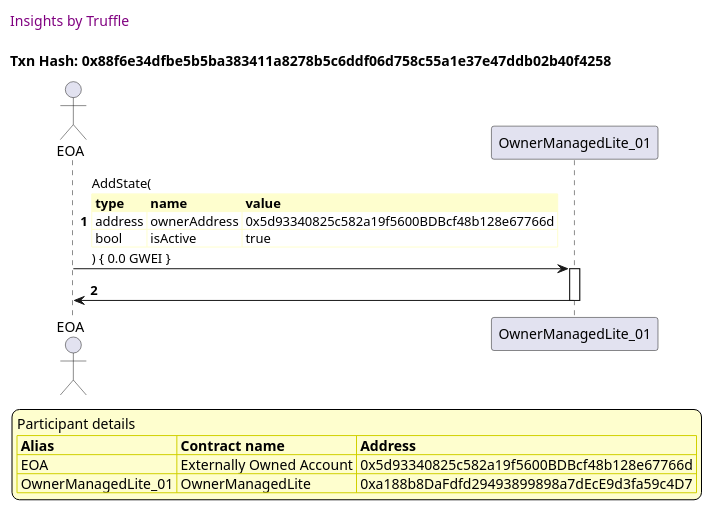
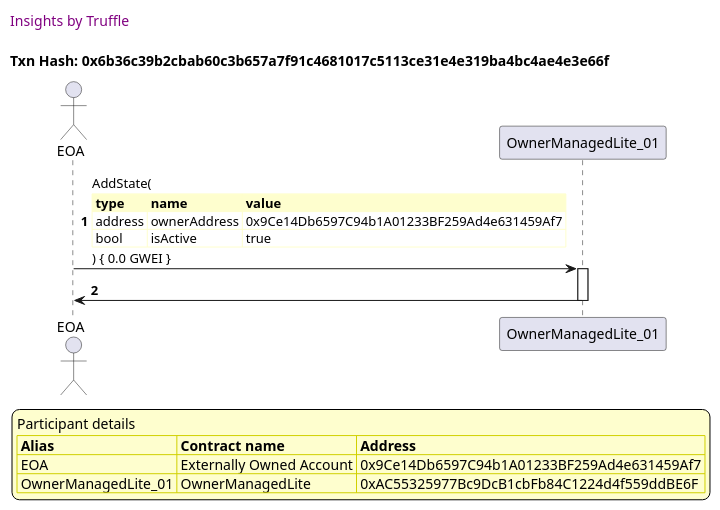
One commit to thedarkjester/ConsensysAssignment changed diagram 13 of 53 in truffle-seq/OwnerManagedLite_test_withdraw_and_fallback.md. Above: the diagram before and after it, drawn with PlantUML. The commit also changed other lines of this file and 13 other files, not shown here.

````diff
--- a/truffle-seq/OwnerManagedLite_test_withdraw_and_fallback.md
+++ b/truffle-seq/OwnerManagedLite_test_withdraw_and_fallback.md
@@ -553,41 +553,41 @@
 ```plantuml
 
 
 @startuml
 
 autonumber
 skinparam legendBackgroundColor #FEFECE
 
 <style>
       header {
         HorizontalAlignment left
         FontColor purple
         FontSize 14
         Padding 10
       }
     </style>
 
 header Insights by Truffle
 
-title Txn Hash: 0x88f6e34dfbe5b5ba383411a8278b5c6ddf06d758c55a1e37e47ddb02b40f4258
+title Txn Hash: 0x6b36c39b2cbab60c3b657a7f91c4681017c5113ce31e4e319ba4bc4ae4e3e66f
 
 
 actor EOA as "EOA"
 participant OwnerManagedLite_01 as "OwnerManagedLite_01"
 
 "EOA" -> "OwnerManagedLite_01" ++: AddState(\n\
 <#FEFECE,#FEFECE>|= type |= name |= value |\n\
-| address | ownerAddress | 0x5d93340825c582a19f5600BDBcf48b128e67766d |\n\
+| address | ownerAddress | 0x9Ce14Db6597C94b1A01233BF259Ad4e631459Af7 |\n\
 | bool | isActive | true |\n\
 ) { 0.0 GWEI }
 "OwnerManagedLite_01" -> "EOA" --: 
 
 legend
 Participant details
 <#FEFECE,#D0D000>|= Alias |= Contract name |= Address |
-<#FEFECE>| EOA | Externally Owned Account | 0x5d93340825c582a19f5600BDBcf48b128e67766d |
-<#FEFECE>| OwnerManagedLite_01 | OwnerManagedLite | 0xa188b8DaFdfd29493899898a7dEcE9d3fa59c4D7 |
+<#FEFECE>| EOA | Externally Owned Account | 0x9Ce14Db6597C94b1A01233BF259Ad4e631459Af7 |
+<#FEFECE>| OwnerManagedLite_01 | OwnerManagedLite | 0xAC55325977Bc9DcB1cbFb84C1224d4f559ddBE6F |
 endlegend
 
 @enduml
 ```
````
